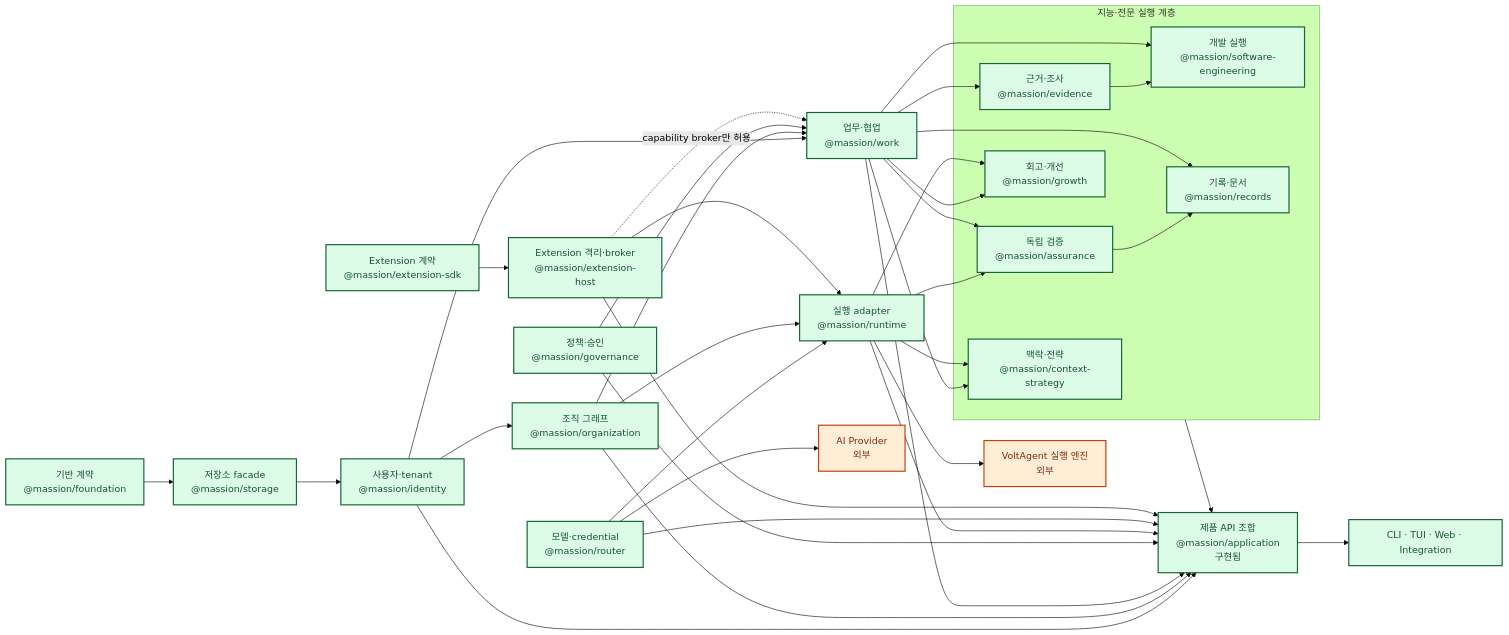
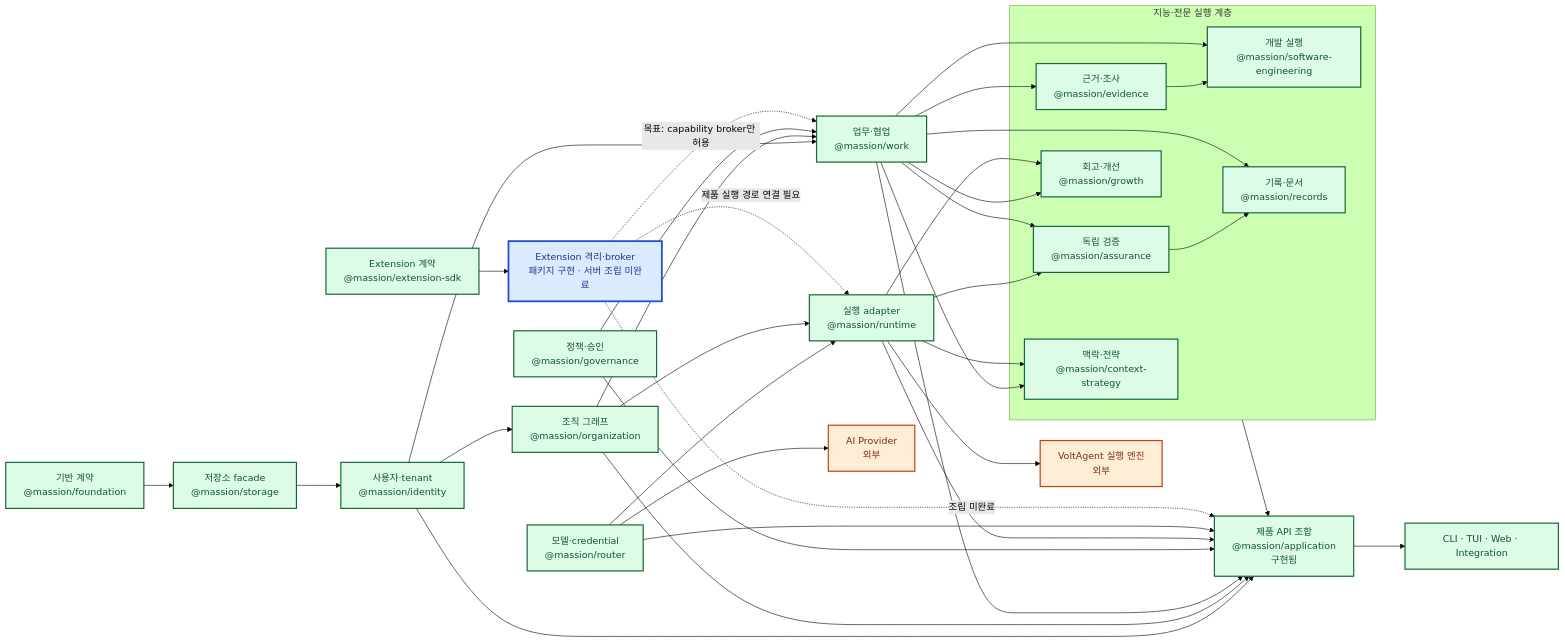
One commit to jabdori/massion changed the second of 11 diagrams in docs/architecture/README.md. Above: the diagram before and after it, drawn with Mermaid (forest theme). The commit also changed other lines of this file and 5 other files, not shown here.

````diff
--- a/docs/architecture/README.md
+++ b/docs/architecture/README.md
@@ -103,66 +105,66 @@
 ```mermaid
 flowchart LR
   classDef implemented fill:#dcfce7,stroke:#166534,color:#14532d,stroke-width:2px;
   classDef implementing fill:#dbeafe,stroke:#1d4ed8,color:#1e3a8a,stroke-width:3px;
   classDef planned fill:#f3f4f6,stroke:#6b7280,color:#374151,stroke-width:1px,stroke-dasharray:5 5;
   classDef external fill:#ffedd5,stroke:#c2410c,color:#7c2d12,stroke-width:2px;
 
   Foundation["기반 계약<br/>@massion/foundation"]:::implemented
   Storage["저장소 facade<br/>@massion/storage"]:::implemented
   Identity["사용자·tenant<br/>@massion/identity"]:::implemented
   Organization["조직 그래프<br/>@massion/organization"]:::implemented
   Work["업무·협업<br/>@massion/work"]:::implemented
   Governance["정책·승인<br/>@massion/governance"]:::implemented
   Router["모델·credential<br/>@massion/router"]:::implemented
   Runtime["실행 adapter<br/>@massion/runtime"]:::implemented
 
   subgraph Intelligence["지능·전문 실행 계층"]
     Context["맥락·전략<br/>@massion/context-strategy"]:::implemented
     Evidence["근거·조사<br/>@massion/evidence"]:::implemented
     Engineering["개발 실행<br/>@massion/software-engineering"]:::implemented
     Assurance["독립 검증<br/>@massion/assurance"]:::implemented
     Records["기록·문서<br/>@massion/records"]:::implemented
     Growth["회고·개선<br/>@massion/growth"]:::implemented
   end
 
   ExtSDK["Extension 계약<br/>@massion/extension-sdk"]:::implemented
-  ExtHost["Extension 격리·broker<br/>@massion/extension-host"]:::implemented
+  ExtHost["Extension 격리·broker<br/>패키지 구현 · 서버 조립 미완료"]:::implementing
   Application["제품 API 조합<br/>@massion/application<br/>구현됨"]:::implemented
   Surfaces["CLI · TUI · Web · Integration"]:::implemented
   VoltAgent["VoltAgent 실행 엔진<br/>외부"]:::external
   Provider["AI Provider<br/>외부"]:::external
 
   Foundation --> Storage
   Storage --> Identity
   Identity --> Organization
   Identity --> Work
   Organization --> Work
   Governance --> Work
   Router --> Runtime
   Organization --> Runtime
   Work --> Context
   Runtime --> Context
   Work --> Evidence
   Evidence --> Engineering
   Work --> Engineering
   Runtime --> Assurance
   Work --> Assurance
   Assurance --> Records
   Work --> Records
   Work --> Growth
   Runtime --> Growth
   ExtSDK --> ExtHost
-  ExtHost --> Runtime
-  ExtHost -. "capability broker만 허용" .-> Work
+  ExtHost -. "제품 실행 경로 연결 필요" .-> Runtime
+  ExtHost -. "목표: capability broker만 허용" .-> Work
   Runtime --> VoltAgent
   Router --> Provider
   Identity --> Application
   Organization --> Application
   Work --> Application
   Governance --> Application
   Runtime --> Application
   Router --> Application
   Intelligence --> Application
-  ExtHost --> Application
+  ExtHost -. "조립 미완료" .-> Application
   Application --> Surfaces
 ```
````
